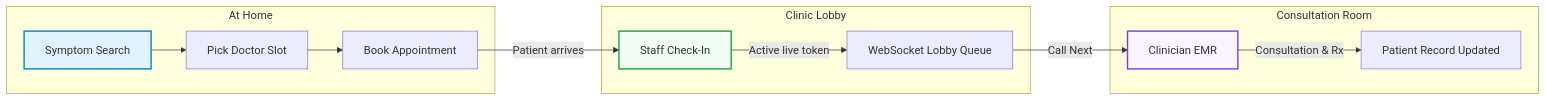
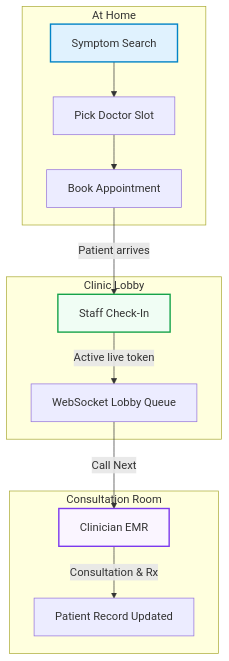
The diagram in README.md (Mayankb125/Aarogya), drawn with Mermaid before and after one commit.

Commit message:
Fix workflow diagram layout and scaling

````diff
--- a/README.md
+++ b/README.md
@@ -16,17 +16,17 @@
 ```mermaid
-flowchart LR
+flowchart TD
     subgraph At Home
-    A[Symptom Search] --> B[Pick Doctor Slot] --> C[Book Appointment]
+    A["Symptom Search"] --> B["Pick Doctor Slot"] --> C["Book Appointment"]
     end
     subgraph Clinic Lobby
-    C -->|Patient arrives| D[Staff Check-In]
-    D -->|Active live token| E[WebSocket Lobby Queue]
+    C -->|Patient arrives| D["Staff Check-In"]
+    D -->|Active live token| E["WebSocket Lobby Queue"]
     end
     subgraph Consultation Room
-    E -->|Call Next| F[Clinician EMR]
-    F -->|Consultation & Rx| G[Patient Record Updated]
+    E -->|Call Next| F["Clinician EMR"]
+    F -->|Consultation & Rx| G["Patient Record Updated"]
     end
     style A fill:#e0f2fe,stroke:#0284c7,stroke-width:2px
     style D fill:#f0fdf4,stroke:#16a34a,stroke-width:2px
     style F fill:#faf5ff,stroke:#7c3aed,stroke-width:2px
 ```
````
